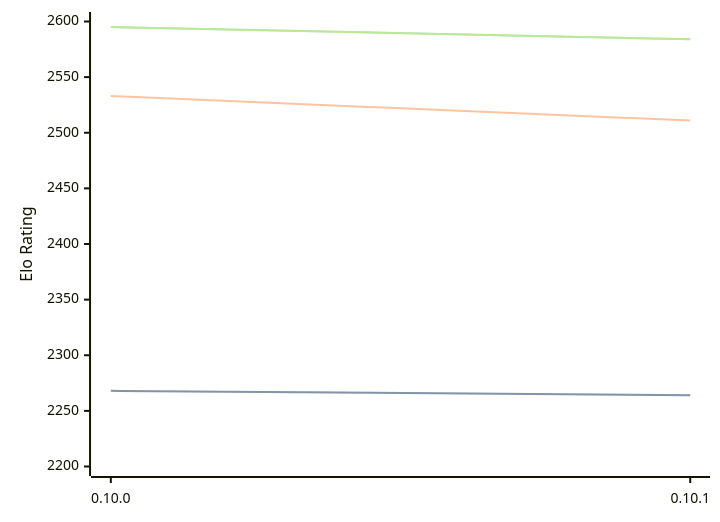
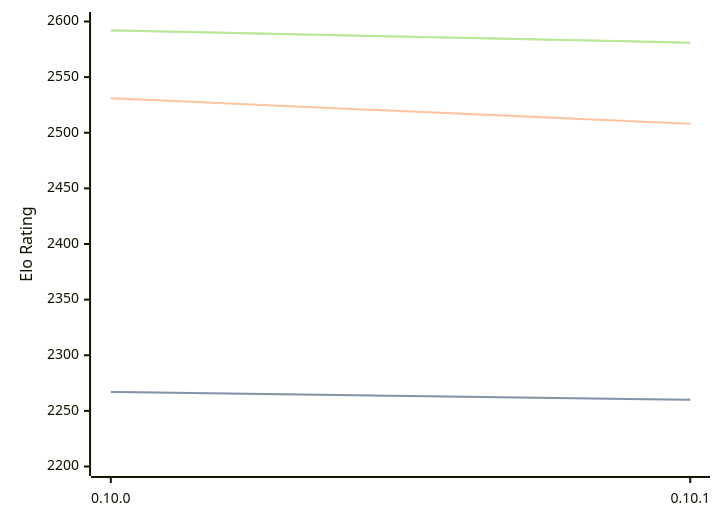
The diagram in engines/Fatalii.md (computer-chess-index/cci), drawn with Mermaid before and after one commit. The commit also changed other lines of this file, not shown here.

Commit message:
Update CCI Ratings (ELO VLTC) - 2026-06-08

````diff
--- a/engines/Fatalii.md
+++ b/engines/Fatalii.md
@@ -46,11 +46,11 @@
 ```mermaid
 %%{init: {"theme":"base","themeVariables":{"seriesColors:['#a3a3a3','#222221','#faa371']}}}%%
 xychart-beta
   x-axis ["0.10.0", "0.10.1"]
   y-axis "Elo Rating" 2200 --> 2600
-  line "STC (8.0+0.08s)" [2268, 2264]
-  line "STC (8.0+0.08s)" [2268, 2264]
-  line "LTC (60.0+0.60s)" [2533, 2511]
-  line "VLTC (2m24s+1.12s)" [2595, 2584]
-  line "VLTC (2m24s+1.12s)" [2595, 2584]
+  line "STC (8.0+0.08s)" [2267, 2260]
+  line "STC (8.0+0.08s)" [2267, 2260]
+  line "LTC (60.0+0.60s)" [2531, 2508]
+  line "VLTC (2m24s+1.12s)" [2592, 2581]
+  line "VLTC (2m24s+1.12s)" [2592, 2581]
 ```
````
